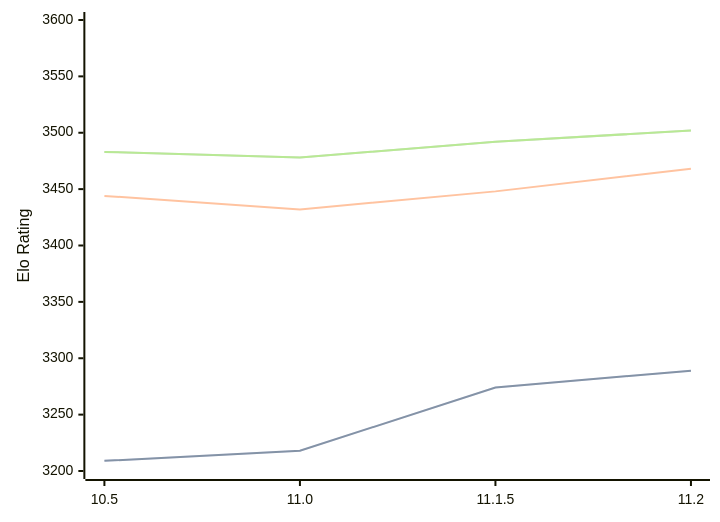
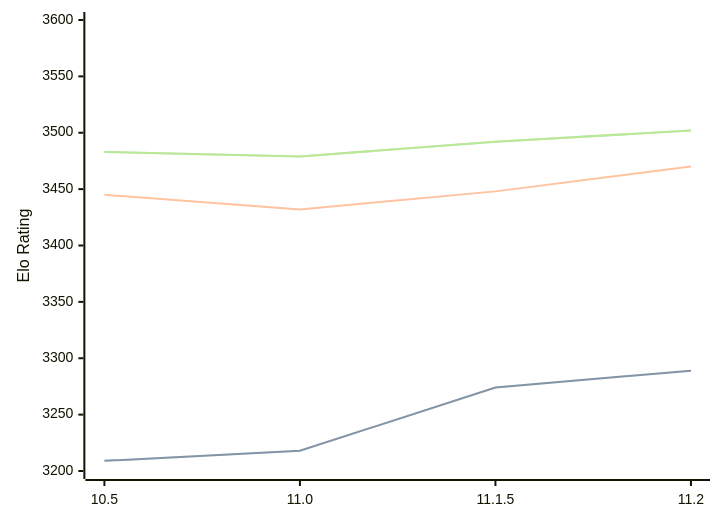
The diagram in engines/Lizard.md (computer-chess-index/cci), drawn with Mermaid before and after one commit. The commit also changed other lines of this file, not shown here.

Commit message:
Update CCI Ratings (ELO VLTC) - 2026-07-20

````diff
--- a/engines/Lizard.md
+++ b/engines/Lizard.md
@@ -46,11 +46,11 @@
 ```mermaid
 %%{init: {"theme":"base","themeVariables":{"seriesColors:['#a3a3a3','#222221','#faa371']}}}%%
 xychart-beta
   x-axis ["10.5", "11.0", "11.1.5", "11.2"]
   y-axis "Elo Rating" 3200 --> 3600
   line "STC (8.0+0.08s)" [3209, 3218, 3274, 3289]
   line "STC (8.0+0.08s)" [3209, 3218, 3274, 3289]
-  line "LTC (60.0+0.60s)" [3444, 3432, 3448, 3468]
-  line "VLTC (2m24s+1.12s)" [3483, 3478, 3492, 3502]
-  line "VLTC (2m24s+1.12s)" [3483, 3478, 3492, 3502]
+  line "LTC (60.0+0.60s)" [3445, 3432, 3448, 3470]
+  line "VLTC (2m24s+1.12s)" [3483, 3479, 3492, 3502]
+  line "VLTC (2m24s+1.12s)" [3483, 3479, 3492, 3502]
 ```
````
